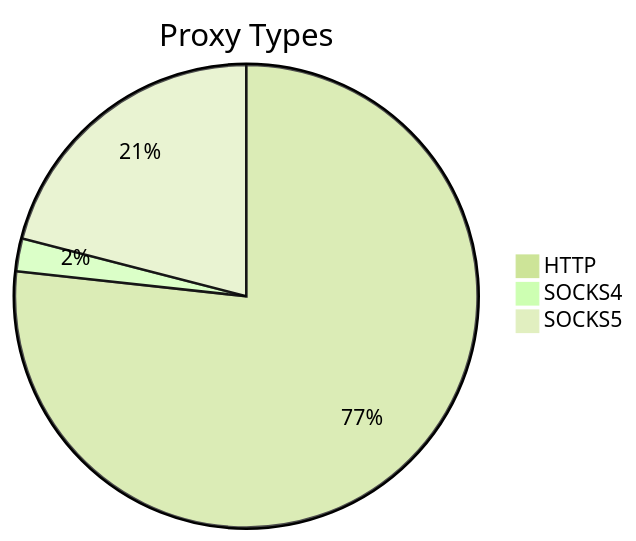
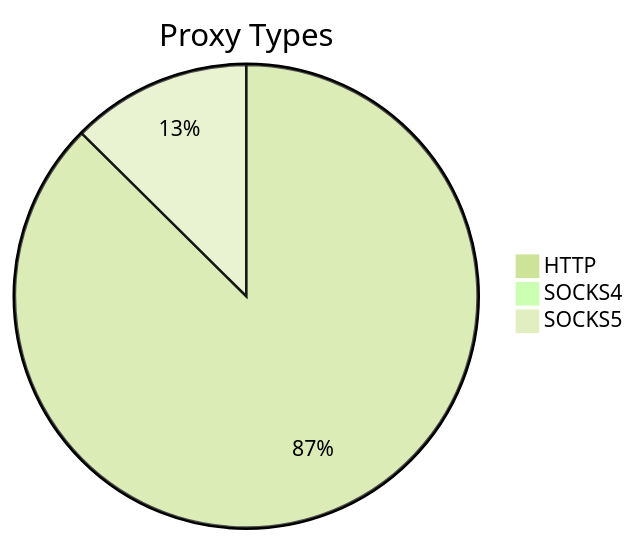
One commit to stormsia/proxy-list changed the first of 2 diagrams in README.md. Above: the diagram before and after it, drawn with Mermaid (forest theme). The commit also changed other lines of this file, not shown here.

````diff
--- a/README.md
+++ b/README.md
@@ -21,6 +21,6 @@
 ```mermaid
 pie title Proxy Types
-    "HTTP" : 534
-    "SOCKS4" : 16
-    "SOCKS5" : 146
+    "HTTP" : 563
+    "SOCKS4" : 4
+    "SOCKS5" : 81
 ```
````
